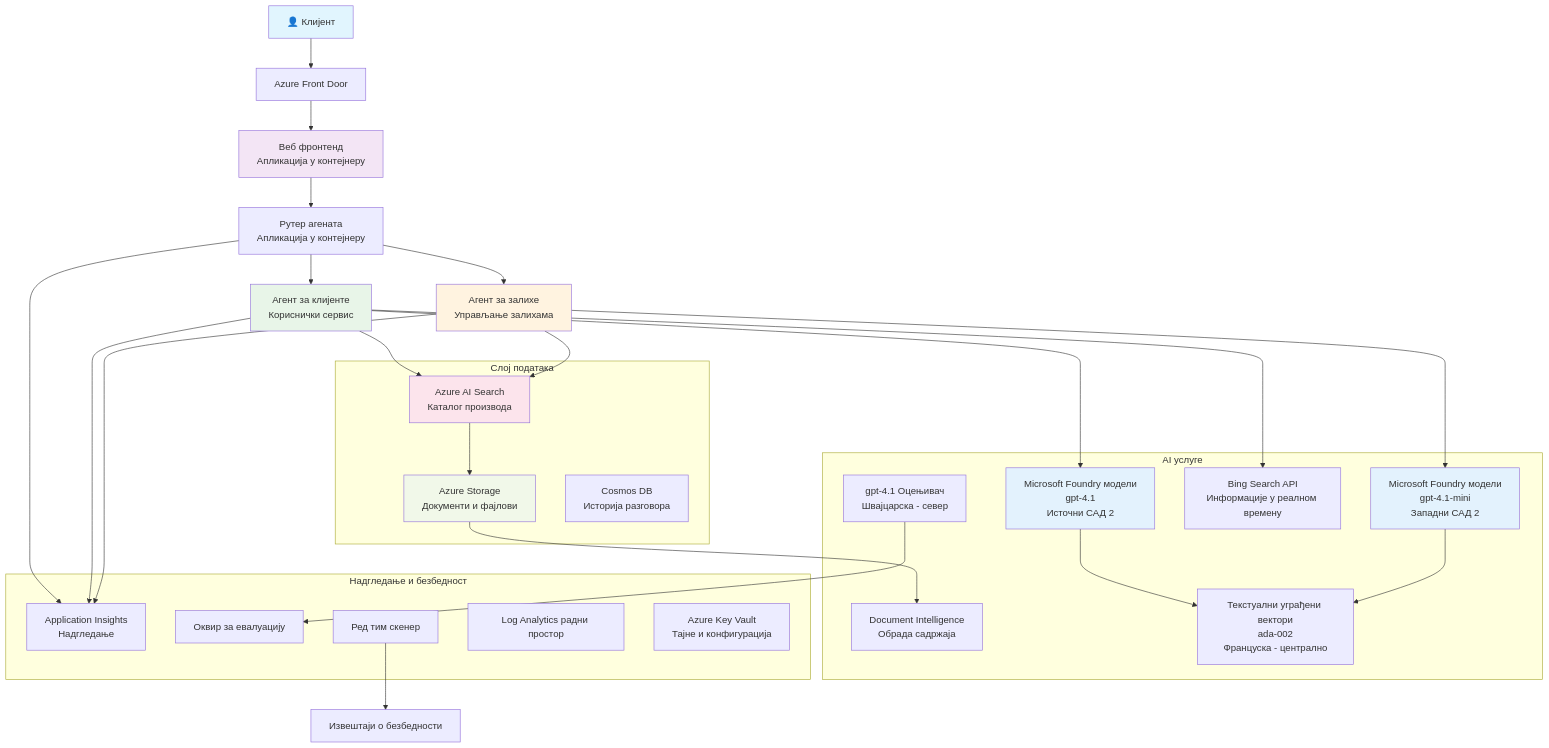
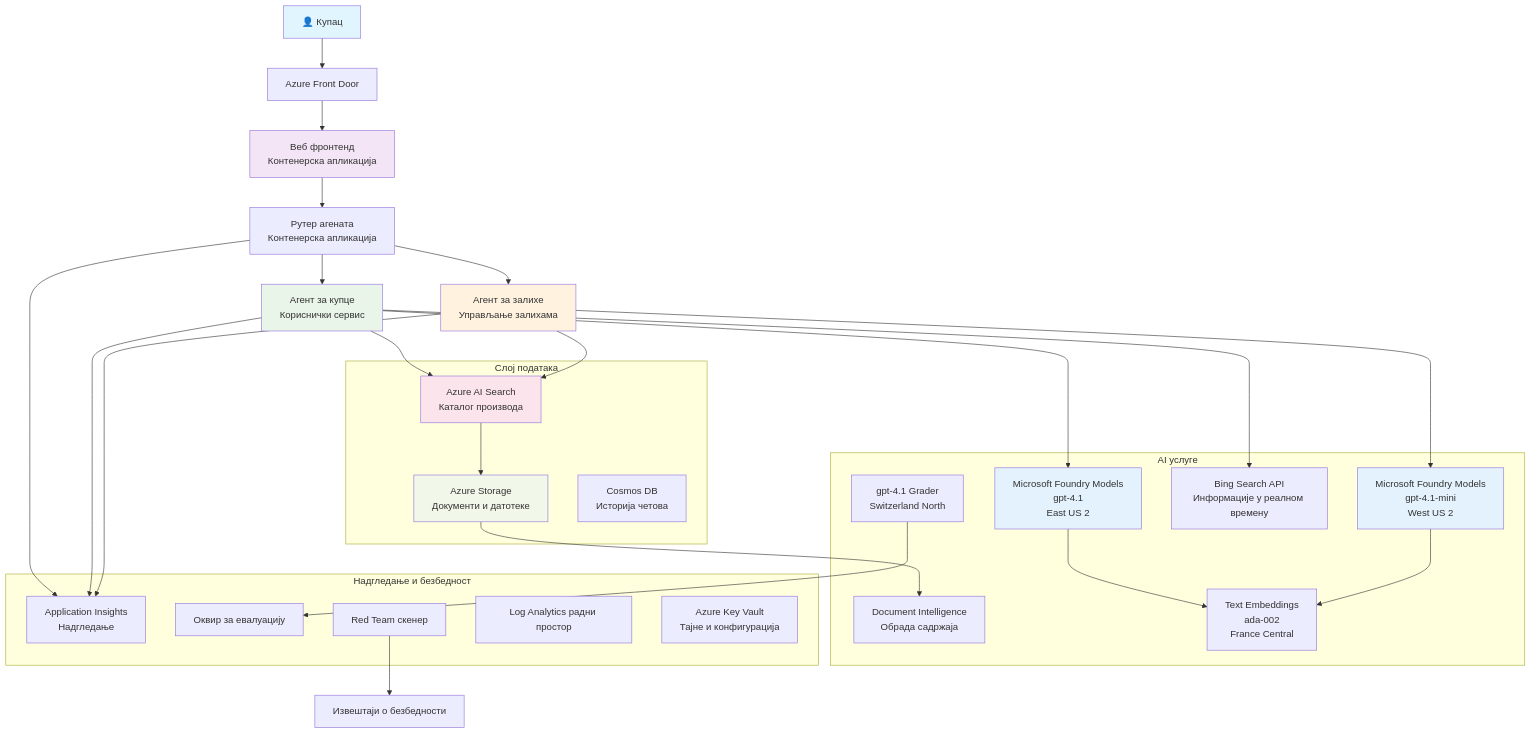
Before and after one commit to microsoft/AZD-for-beginners: the diagram in translations/sr/examples/retail-scenario.md, drawn with Mermaid. The commit also changed other lines of this file and 104 other files, not shown here.

````diff
--- a/translations/sr/examples/retail-scenario.md
+++ b/translations/sr/examples/retail-scenario.md
@@ -139,61 +139,61 @@
 ```mermaid
 graph TB
-    User[👤 Клијент] --> LB[Azure Front Door]
-    LB --> WebApp[Веб фронтенд<br/>Апликација у контејнеру]
+    User[👤 Купац] --> LB[Azure Front Door]
+    LB --> WebApp[Веб фронтенд<br/>Контенерска апликација]
     
-    WebApp --> Router[Рутер агената<br/>Апликација у контејнеру]
-    Router --> CustomerAgent[Агент за клијенте<br/>Кориснички сервис]
+    WebApp --> Router[Рутер агената<br/>Контенерска апликација]
+    Router --> CustomerAgent[Агент за купце<br/>Кориснички сервис]
     Router --> InvAgent[Агент за залихе<br/>Управљање залихама]
     
-    CustomerAgent --> OpenAI1[Microsoft Foundry модели<br/>gpt-4.1<br/>Источни САД 2]
-    InvAgent --> OpenAI2[Microsoft Foundry модели<br/>gpt-4.1-mini<br/>Западни САД 2]
+    CustomerAgent --> OpenAI1[Microsoft Foundry Models<br/>gpt-4.1<br/>East US 2]
+    InvAgent --> OpenAI2[Microsoft Foundry Models<br/>gpt-4.1-mini<br/>West US 2]
     
     CustomerAgent --> AISearch[Azure AI Search<br/>Каталог производа]
     CustomerAgent --> BingSearch[Bing Search API<br/>Информације у реалном времену]
     InvAgent --> AISearch
     
-    AISearch --> Storage[Azure Storage<br/>Документи и фајлови]
+    AISearch --> Storage[Azure Storage<br/>Документи и датотеке]
     Storage --> DocIntel[Document Intelligence<br/>Обрада садржаја]
     
-    OpenAI1 --> Embeddings[Текстуални уграђени вектори<br/>ada-002<br/>Француска - централно]
+    OpenAI1 --> Embeddings[Text Embeddings<br/>ada-002<br/>France Central]
     OpenAI2 --> Embeddings
     
     Router --> AppInsights[Application Insights<br/>Надгледање]
     CustomerAgent --> AppInsights
     InvAgent --> AppInsights
     
-    GraderModel[gpt-4.1 Оцењивач<br/>Швајцарска - север] --> Evaluation[Оквир за евалуацију]
-    RedTeam[Ред тим скенер] --> SecurityReports[Извештаји о безбедности]
+    GraderModel[gpt-4.1 Grader<br/>Switzerland North] --> Evaluation[Оквир за евалуацију]
+    RedTeam[Red Team скенер] --> SecurityReports[Извештаји о безбедности]
     
     subgraph "Слој података"
         Storage
         AISearch
-        CosmosDB[Cosmos DB<br/>Историја разговора]
+        CosmosDB[Cosmos DB<br/>Историја четова]
     end
     
     subgraph "AI услуге"
         OpenAI1
         OpenAI2
         Embeddings
         GraderModel
         DocIntel
         BingSearch
     end
     
     subgraph "Надгледање и безбедност"
         AppInsights
         LogAnalytics[Log Analytics радни простор]
         KeyVault[Azure Key Vault<br/>Тајне и конфигурација]
         RedTeam
         Evaluation
     end
     
     style User fill:#e1f5fe
     style WebApp fill:#f3e5f5
     style CustomerAgent fill:#e8f5e8
     style InvAgent fill:#fff3e0
     style OpenAI1 fill:#e3f2fd
     style OpenAI2 fill:#e3f2fd
     style AISearch fill:#fce4ec
     style Storage fill:#f1f8e9
 ```
````
